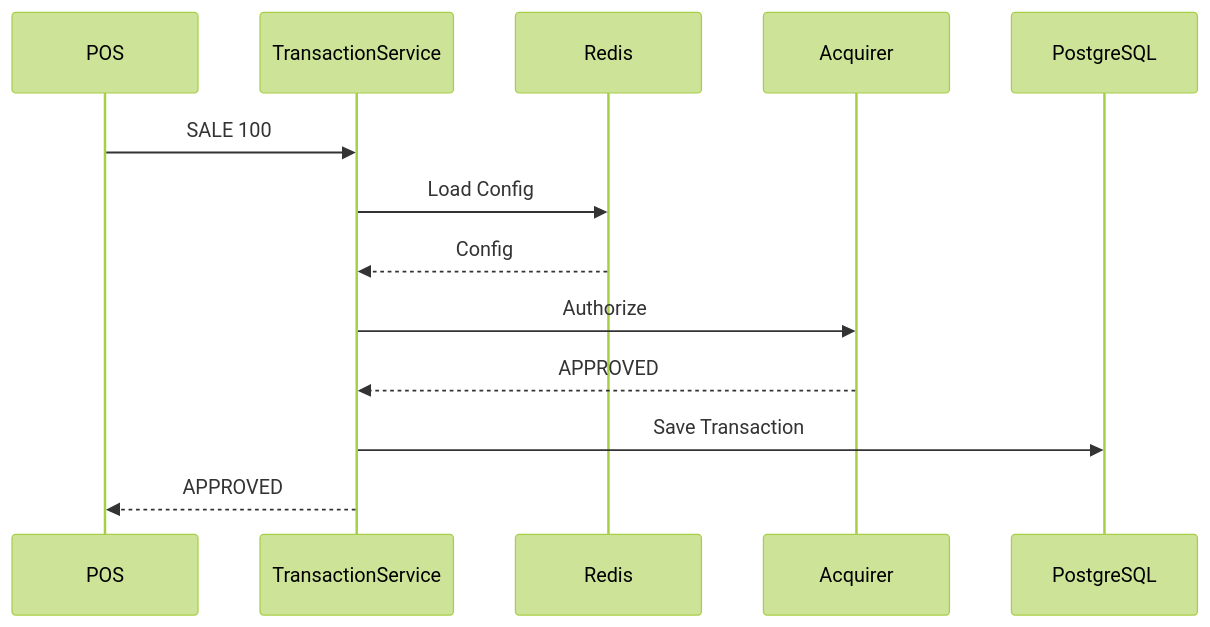
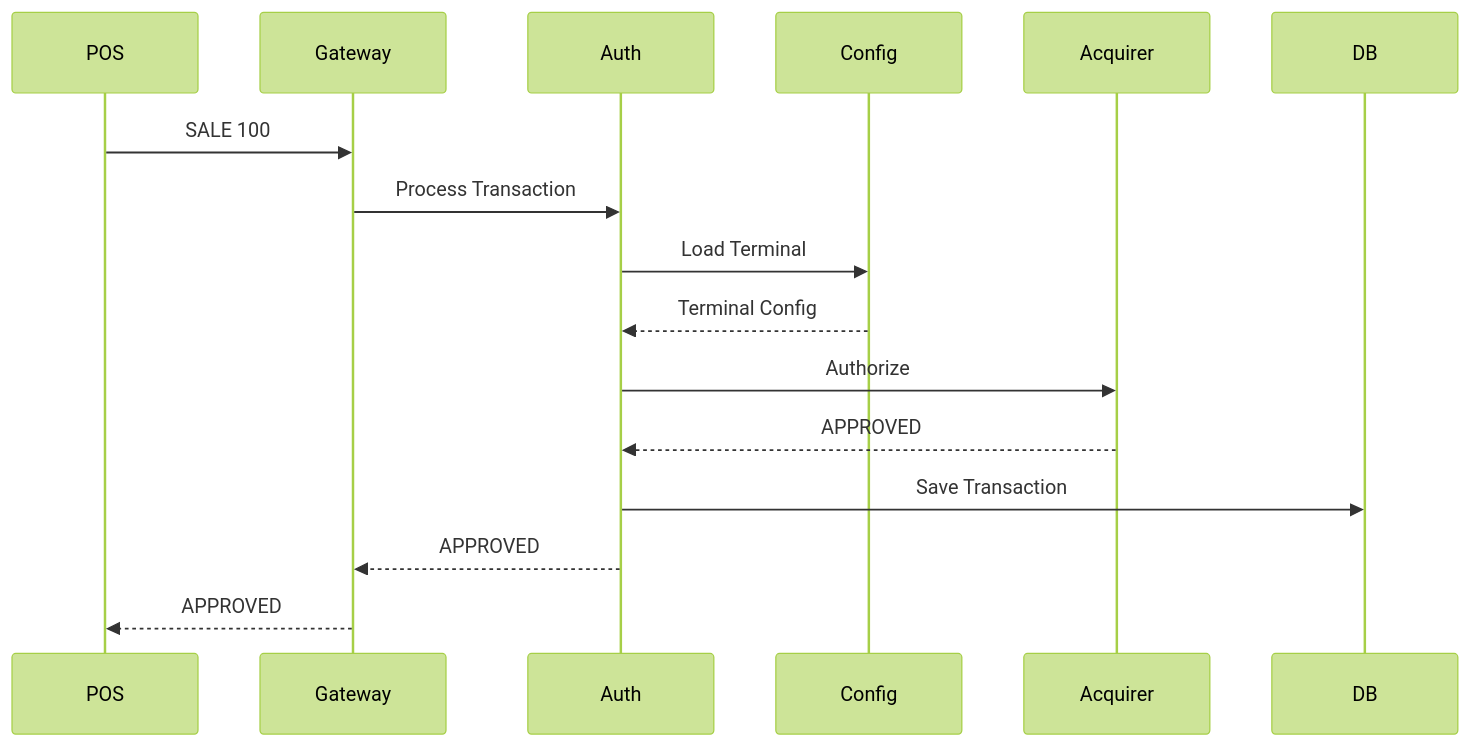
One commit to LucasBrovetto/financial-integration-platform changed the diagram in docs/transaction-flow.md. Above: the diagram before and after it, drawn with Mermaid (forest theme). The commit also changed other lines of this file, not shown here.

````diff
--- a/docs/transaction-flow.md
+++ b/docs/transaction-flow.md
@@ -3,17 +3,33 @@
 ```mermaid
 sequenceDiagram
 
-POS->>TransactionService: SALE 100
+participant POS
 
-TransactionService->>Redis: Load Config
+participant Gateway
 
-Redis-->>TransactionService: Config
+participant Auth
 
-TransactionService->>Acquirer: Authorize
+participant Config
 
-Acquirer-->>TransactionService: APPROVED
+participant Acquirer
 
-TransactionService->>PostgreSQL: Save Transaction
+participant DB
 
-TransactionService-->>POS: APPROVED
+POS->>Gateway: SALE 100
+
+Gateway->>Auth: Process Transaction
+
+Auth->>Config: Load Terminal
+
+Config-->>Auth: Terminal Config
+
+Auth->>Acquirer: Authorize
+
+Acquirer-->>Auth: APPROVED
+
+Auth->>DB: Save Transaction
+
+Auth-->>Gateway: APPROVED
+
+Gateway-->>POS: APPROVED
 ```
````
